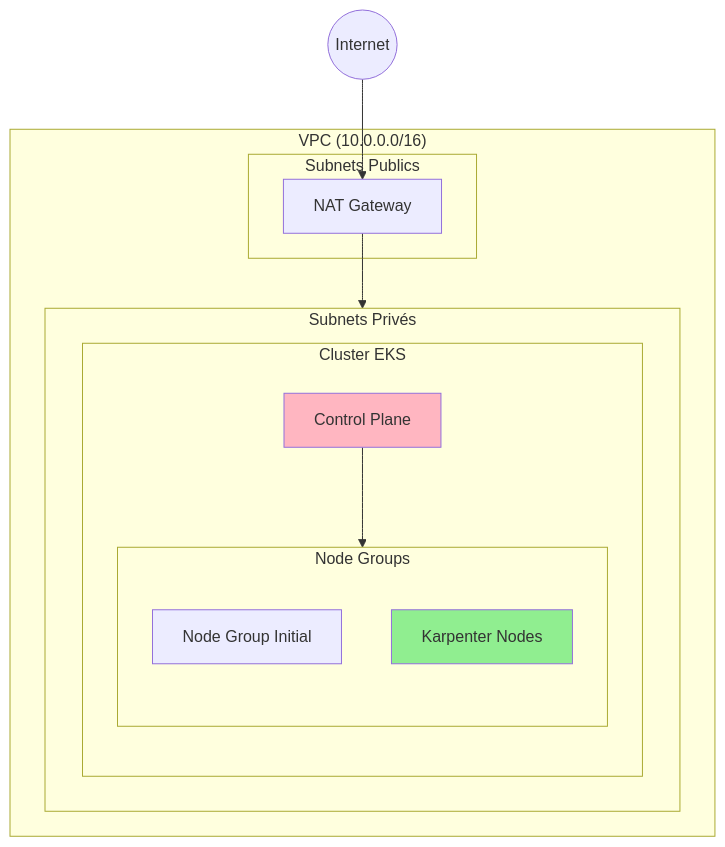
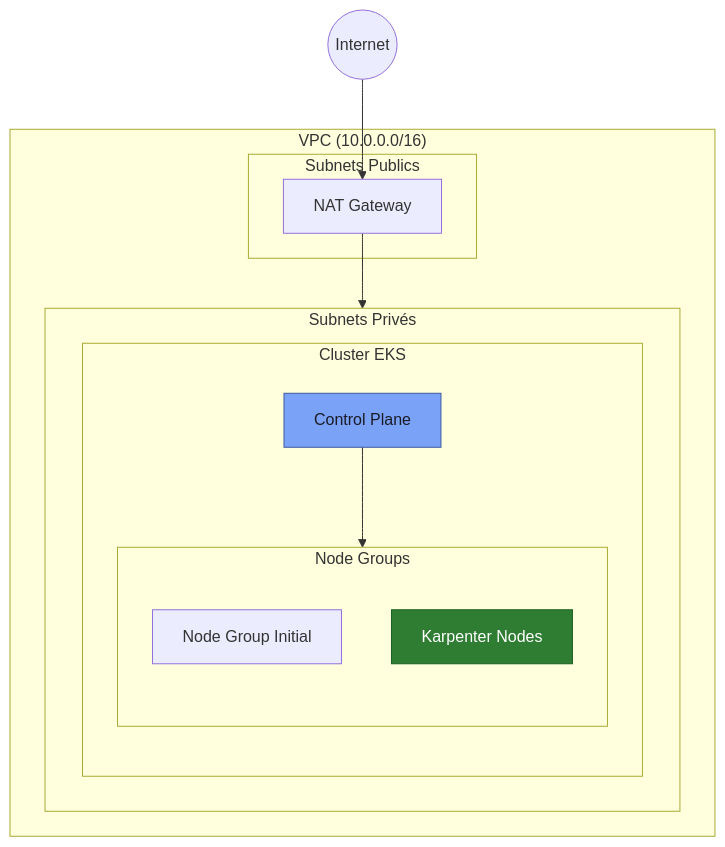
Before and after one commit to lostyzen/lostyzen.github.io: the diagram in content/pro/aws/_index.md, drawn with Mermaid.

Commit message:
fix: improve colors in index Mermaid diagram only

````diff
--- a/content/pro/aws/_index.md
+++ b/content/pro/aws/_index.md
@@ -34,24 +34,24 @@
 ```mermaid
 flowchart TB
     subgraph VPC["VPC (10.0.0.0/16)"]
         subgraph PublicSubnets["Subnets Publics"]
             NAT[NAT Gateway]
         end
         subgraph PrivateSubnets["Subnets Privés"]
             subgraph EKS["Cluster EKS"]
                 CP[Control Plane]
                 subgraph Nodes["Node Groups"]
                     NG[Node Group Initial]
                     KN[Karpenter Nodes]
                 end
             end
         end
     end
 
     Internet((Internet)) --> NAT
     NAT --> PrivateSubnets
     CP --> Nodes
 
-    style KN fill:#90EE90
-    style CP fill:#FFB6C1
+    style KN fill:#2E7D32,stroke:#1B5E20,color:#fff
+    style CP fill:#7aa2f7,stroke:#3d59a1,color:#1a1b26
 ```
````
